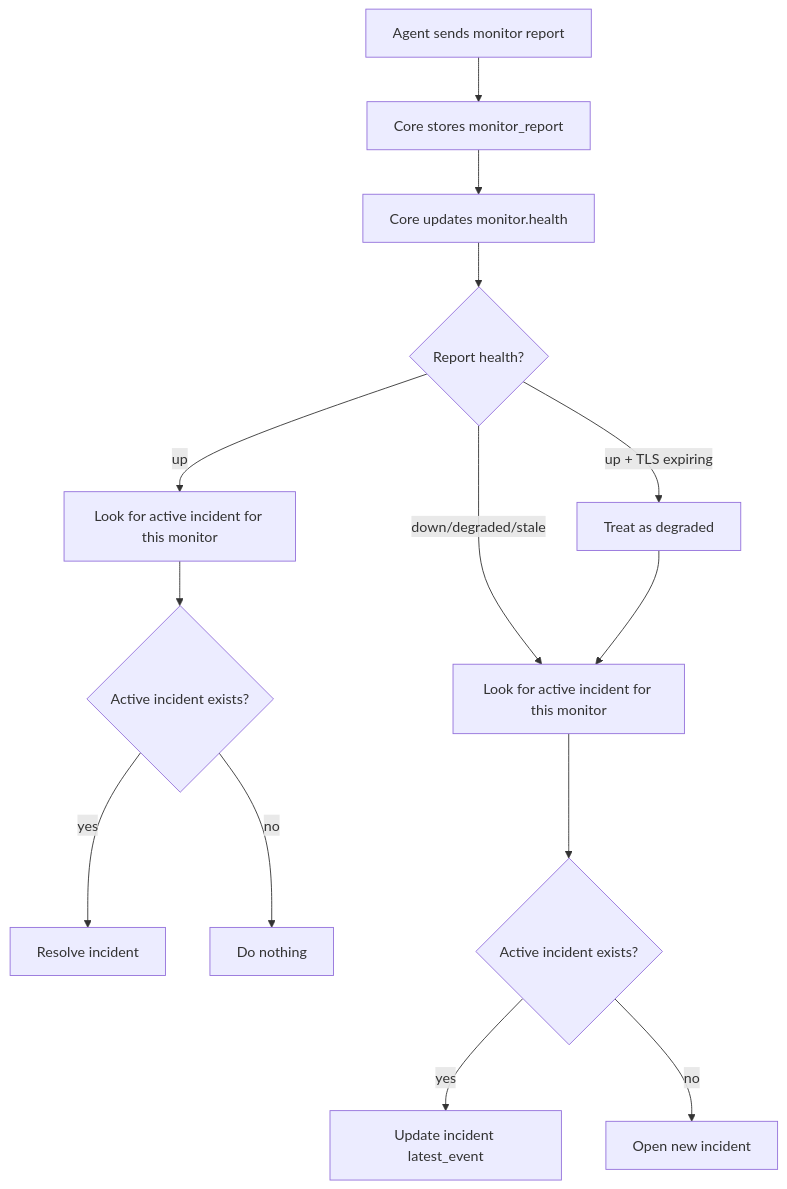
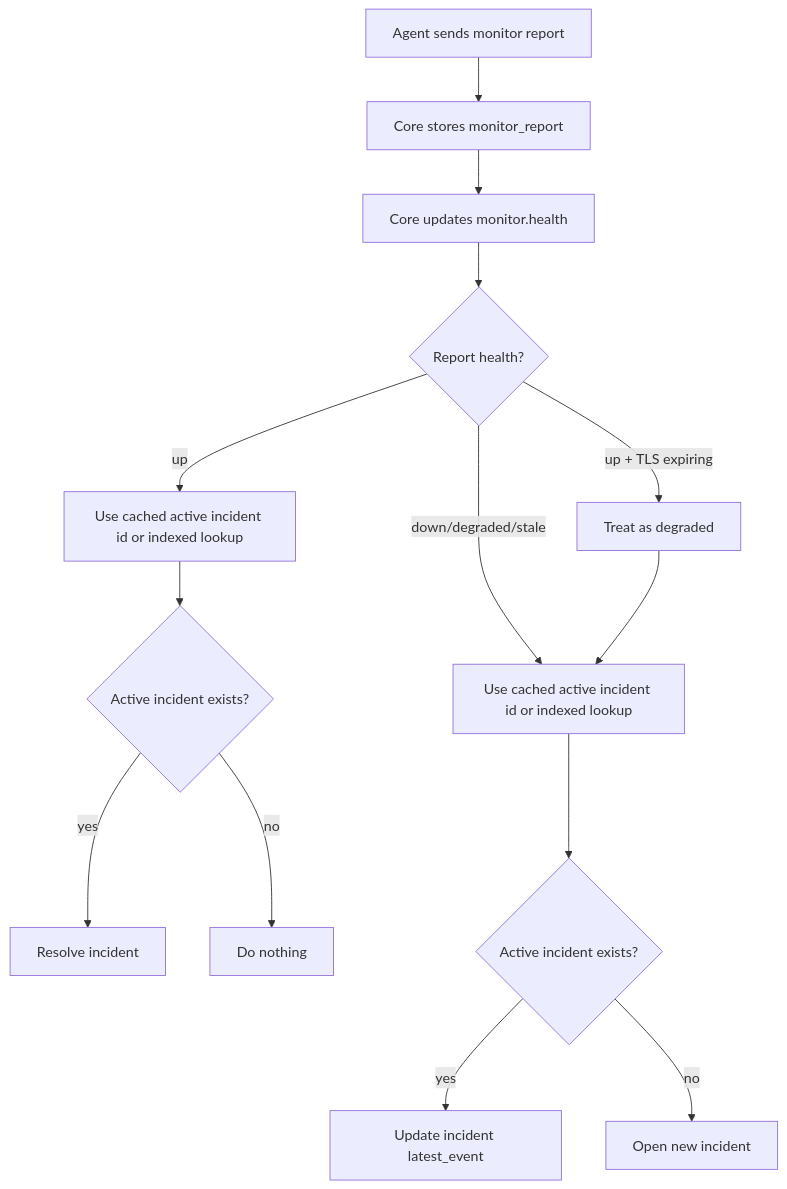
The first of 9 diagrams in docs/architecture/incident-reconciliation-flow.md (sunday-studio/orion), drawn with Mermaid before and after one commit. The commit also changed other lines of this file and 28 other files, not shown here.

````diff
--- a/docs/architecture/incident-reconciliation-flow.md
+++ b/docs/architecture/incident-reconciliation-flow.md
@@ -15,19 +15,19 @@
 ```mermaid
 flowchart TD
   A["Agent sends monitor report"] --> B["Core stores monitor_report"]
   B --> C["Core updates monitor.health"]
   C --> D{"Report health?"}
 
-  D -- "up" --> E["Look for active incident for this monitor"]
+  D -- "up" --> E["Use cached active incident id or indexed lookup"]
   E --> F{"Active incident exists?"}
   F -- "yes" --> G["Resolve incident"]
   F -- "no" --> H["Do nothing"]
 
-  D -- "down/degraded/stale" --> I["Look for active incident for this monitor"]
+  D -- "down/degraded/stale" --> I["Use cached active incident id or indexed lookup"]
   I --> J{"Active incident exists?"}
   J -- "yes" --> K["Update incident latest_event"]
   J -- "no" --> L["Open new incident"]
 
   D -- "up + TLS expiring" --> M["Treat as degraded"]
   M --> I
 ```
````
